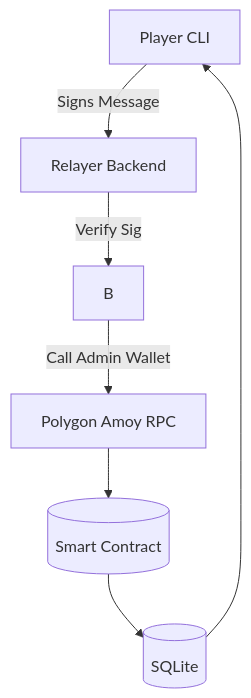
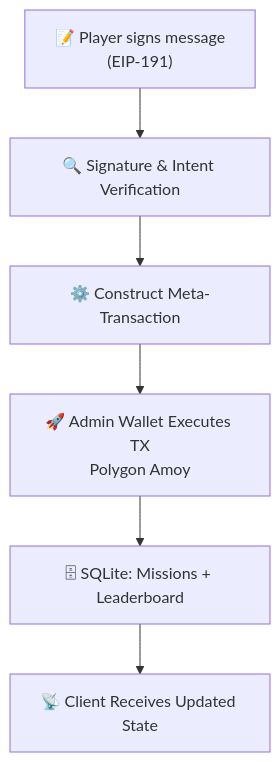
The second of 2 diagrams in README.md (rafidef/cyber-rng), drawn with Mermaid before and after one commit. The commit also changed other lines of this file, not shown here.

Commit message:
fix: fixing readme.md v2

````diff
--- a/README.md
+++ b/README.md
@@ -197,9 +196,8 @@
 ```mermaid
-graph TD
-    S[Player CLI] -->|Signs Message| A
-    A[Relayer Backend] -->|Verify Sig| B
-    B -->|Call Admin Wallet| C[Polygon Amoy RPC]
-    C --> D[(Smart Contract)]
-    D --> E[(SQLite)]
-    E --> S
+flowchart TD
+    A["📝 Player signs message<br/>(EIP-191)"] --> B["🔍 Signature & Intent Verification"]
+    B --> C["⚙️ Construct Meta-Transaction"]
+    C --> D["🚀 Admin Wallet Executes TX<br/>Polygon Amoy"]
+    D --> E["🗄 SQLite: Missions + Leaderboard"]
+    E --> F["📡 Client Receives Updated State"]
 ```
````
